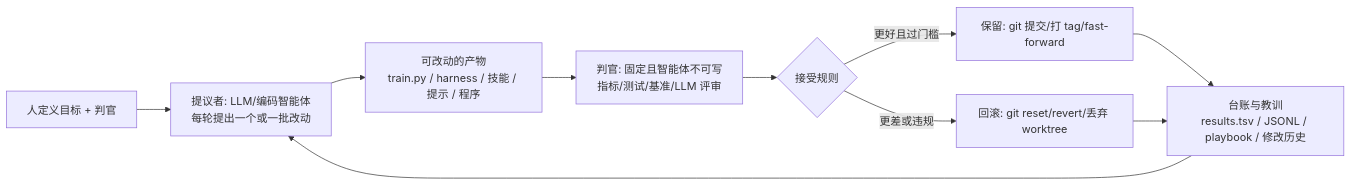
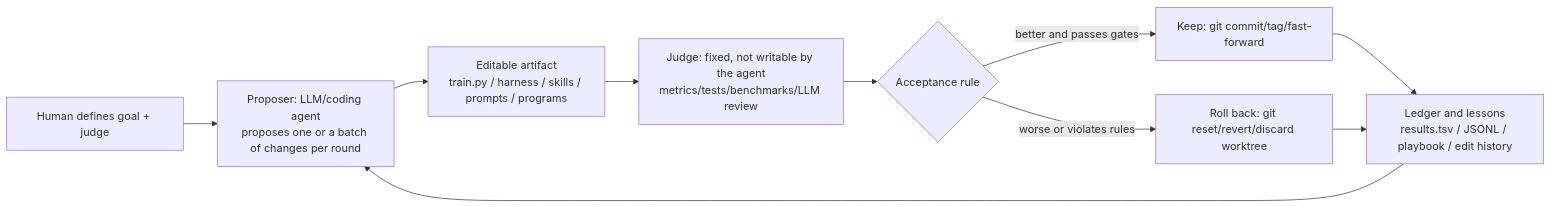
Before and after one commit to 3136321049/rsi-anything: the diagram in docs/research/A-rsi-landscape.md, drawn with Mermaid. The commit also changed other lines of this file and 283 other files, not shown here.

````diff
--- a/docs/research/A-rsi-landscape.md
+++ b/docs/research/A-rsi-landscape.md
@@ -180,12 +180,12 @@
 ```mermaid
 flowchart LR
-    G[人定义目标 + 判官] --> P[提议者: LLM/编码智能体<br/>每轮提出一个或一批改动]
-    P --> A[可改动的产物<br/>train.py / harness / 技能 / 提示 / 程序]
-    A --> J[判官: 固定且智能体不可写<br/>指标/测试/基准/LLM 评审]
-    J --> S{接受规则}
-    S -- 更好且过门槛 --> K[保留: git 提交/打 tag/fast-forward]
-    S -- 更差或违规 --> R[回滚: git reset/revert/丢弃 worktree]
-    K --> L[台账与教训<br/>results.tsv / JSONL / playbook / 修改历史]
+    G[Human defines goal + judge] --> P[Proposer: LLM/coding agent<br/>proposes one or a batch of changes per round]
+    P --> A[Editable artifact<br/>train.py / harness / skills / prompts / programs]
+    A --> J[Judge: fixed, not writable by the agent<br/>metrics/tests/benchmarks/LLM review]
+    J --> S{Acceptance rule}
+    S -- better and passes gates --> K[Keep: git commit/tag/fast-forward]
+    S -- worse or violates rules --> R[Roll back: git reset/revert/discard worktree]
+    K --> L[Ledger and lessons<br/>results.tsv / JSONL / playbook / edit history]
     R --> L
     L --> P
 ```
````
